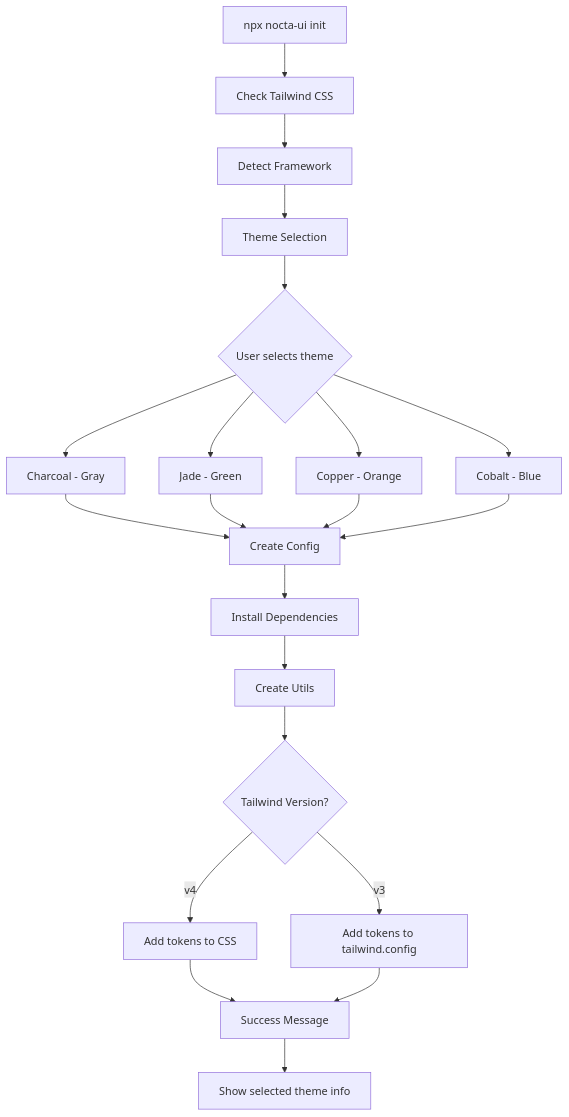
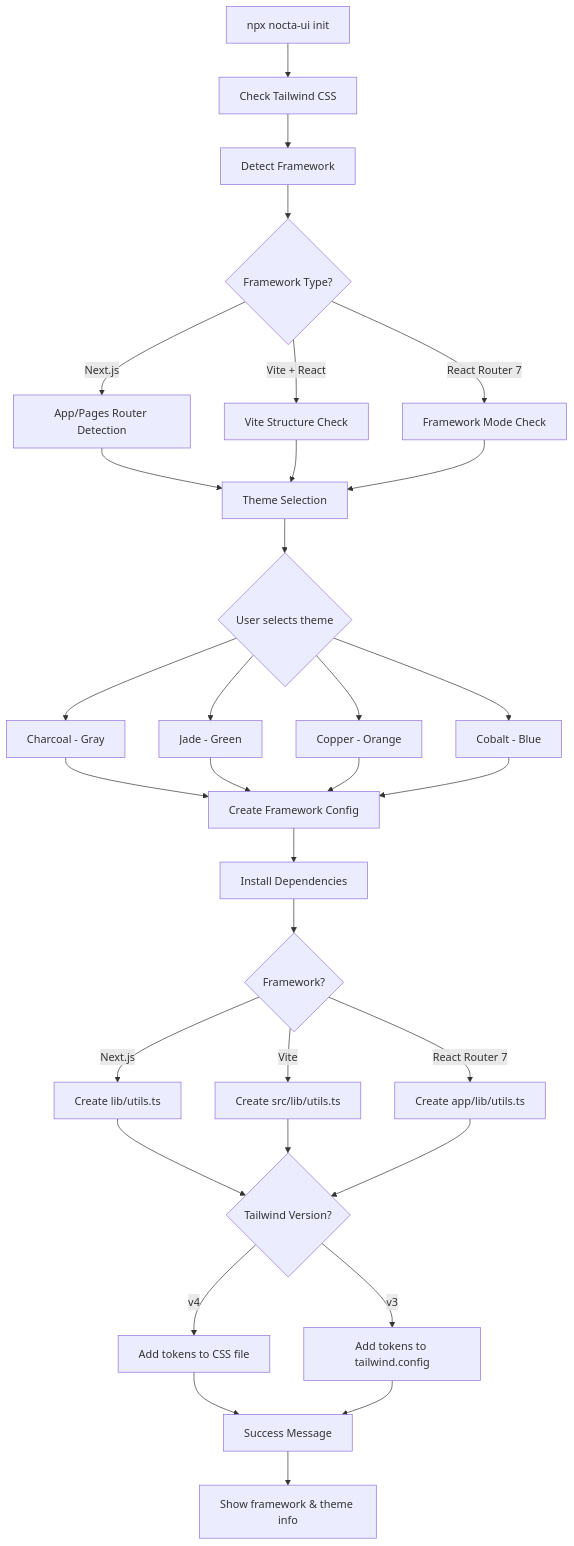
Before and after one commit to nocta-ui/nocta-ui: the diagram in flowchart.mmd, drawn with Mermaid. The commit also changed 4 other files, not shown here.

Commit message:
docs: add info about React Router 7 installation

```diff
--- a/flowchart.mmd
+++ b/flowchart.mmd
@@ -1,21 +1,32 @@
 flowchart TD
     A[npx nocta-ui init] --> B[Check Tailwind CSS]
     B --> C[Detect Framework]
-    C --> D[Theme Selection]
-    D --> E{User selects theme}
-    E --> F[Charcoal - Gray]
-    E --> G[Jade - Green]
-    E --> H[Copper - Orange]
-    E --> I[Cobalt - Blue]
-    F --> J[Create Config]
-    G --> J
-    H --> J
-    I --> J
-    J --> K[Install Dependencies]
-    K --> L[Create Utils]
-    L --> M{Tailwind Version?}
-    M -->|v4| N[Add tokens to CSS]
-    M -->|v3| O[Add tokens to tailwind.config]
-    N --> P[Success Message]
-    O --> P
-    P --> Q[Show selected theme info]
+    C --> D{Framework Type?}
+    D -->|Next.js| E1[App/Pages Router Detection]
+    D -->|Vite + React| E2[Vite Structure Check]
+    D -->|React Router 7| E3[Framework Mode Check]
+    E1 --> F[Theme Selection]
+    E2 --> F
+    E3 --> F
+    F --> G{User selects theme}
+    G --> H[Charcoal - Gray]
+    G --> I[Jade - Green]
+    G --> J[Copper - Orange]
+    G --> K[Cobalt - Blue]
+    H --> L[Create Framework Config]
+    I --> L
+    J --> L
+    K --> L
+    L --> M[Install Dependencies]
+    M --> N{Framework?}
+    N -->|Next.js| O1[Create lib/utils.ts]
+    N -->|Vite| O2[Create src/lib/utils.ts]
+    N -->|React Router 7| O3[Create app/lib/utils.ts]
+    O1 --> P{Tailwind Version?}
+    O2 --> P
+    O3 --> P
+    P -->|v4| Q[Add tokens to CSS file]
+    P -->|v3| R[Add tokens to tailwind.config]
+    Q --> S[Success Message]
+    R --> S
+    S --> T[Show framework & theme info]
```
